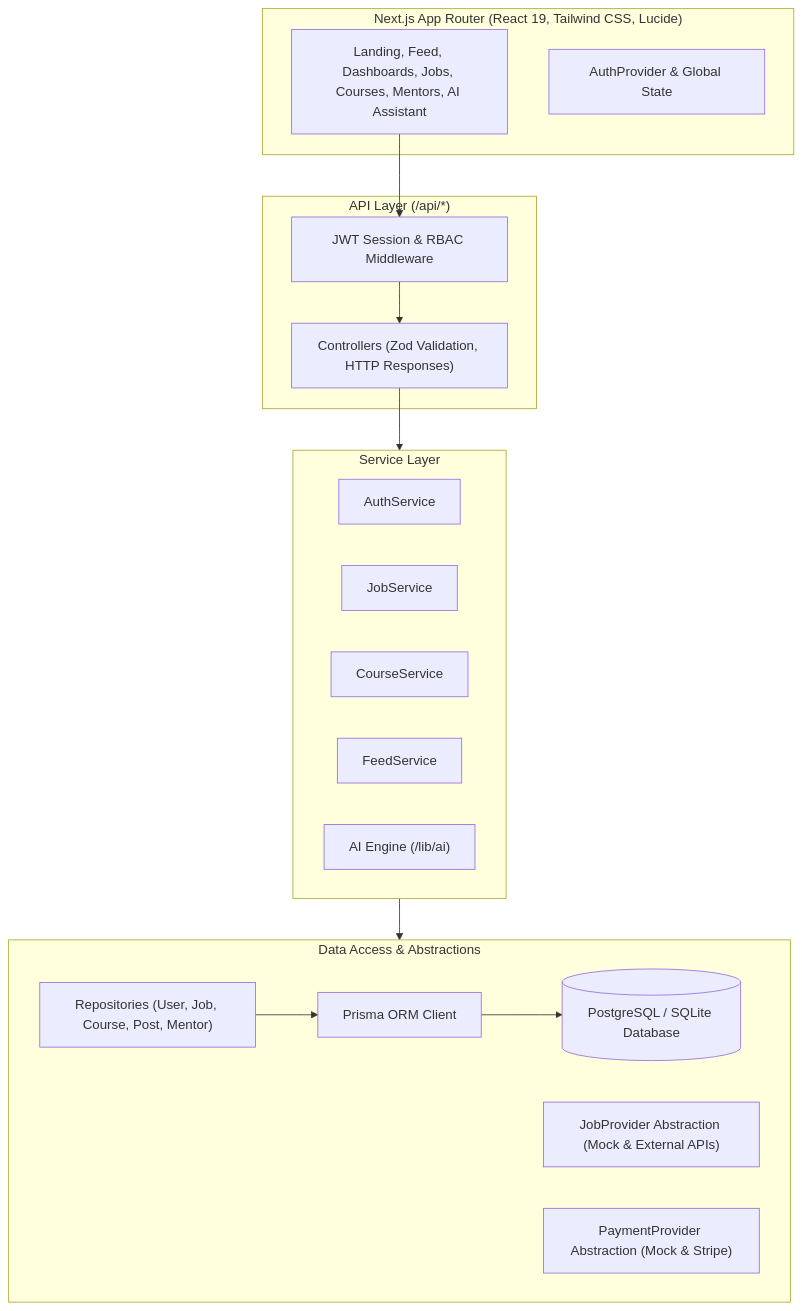
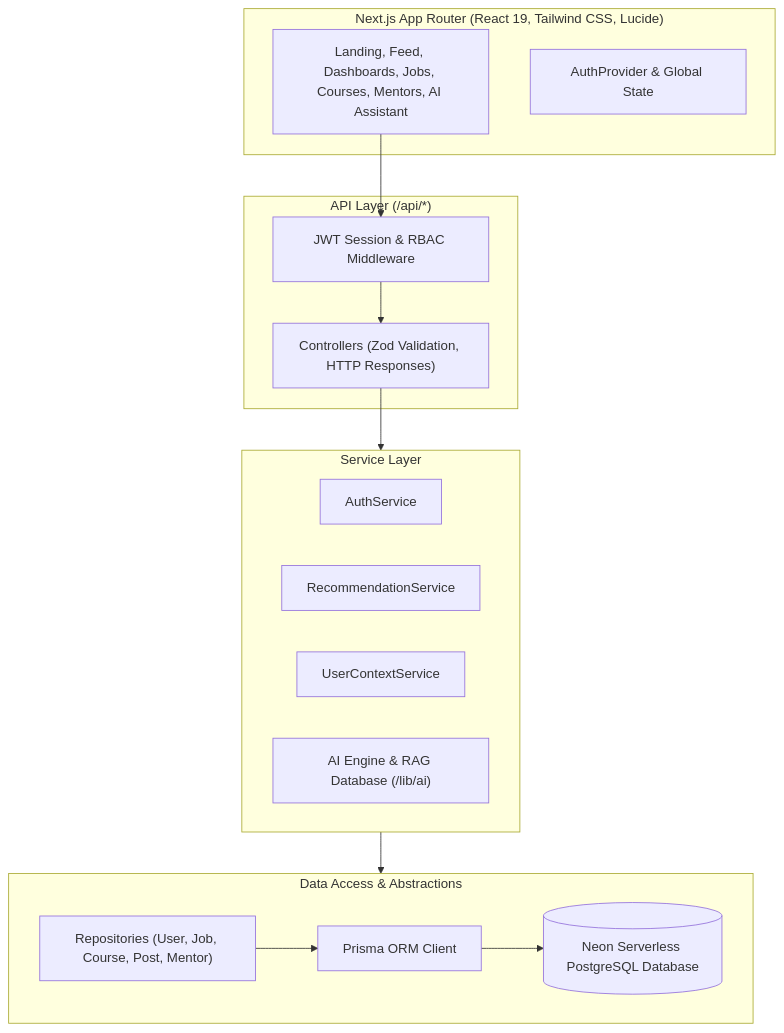
One commit to tharuntej123/growearn changed the diagram in docs/architecture.md. Above: the diagram before and after it, drawn with Mermaid. The commit also changed other lines of this file and 36 other files, not shown here.

````diff
--- a/docs/architecture.md
+++ b/docs/architecture.md
@@ -8,33 +8,30 @@
 ```mermaid
 graph TD
     subgraph Frontend ["Next.js App Router (React 19, Tailwind CSS, Lucide)"]
         UI_Pages["Landing, Feed, Dashboards, Jobs, Courses, Mentors, AI Assistant"]
         Context["AuthProvider & Global State"]
     end
 
     subgraph API_Layer ["API Layer (/api/*)"]
         Middleware["JWT Session & RBAC Middleware"]
         Controllers["Controllers (Zod Validation, HTTP Responses)"]
     end
 
     subgraph Service_Layer ["Service Layer"]
         AuthService["AuthService"]
-        JobService["JobService"]
-        CourseService["CourseService"]
-        FeedService["FeedService"]
-        AIService["AI Engine (/lib/ai)"]
+        RecommendationService["RecommendationService"]
+        UserContextService["UserContextService"]
+        AIService["AI Engine & RAG Database (/lib/ai)"]
     end
 
     subgraph Data_Layer ["Data Access & Abstractions"]
         Repos["Repositories (User, Job, Course, Post, Mentor)"]
-        JobProvider["JobProvider Abstraction (Mock & External APIs)"]
-        PaymentProvider["PaymentProvider Abstraction (Mock & Stripe)"]
         Prisma["Prisma ORM Client"]
-        DB[("PostgreSQL / SQLite Database")]
+        DB[("Neon Serverless PostgreSQL Database")]
     end
 
     UI_Pages --> Middleware --> Controllers
     Controllers --> Service_Layer
     Service_Layer --> Data_Layer
     Repos --> Prisma --> DB
 ```
````
